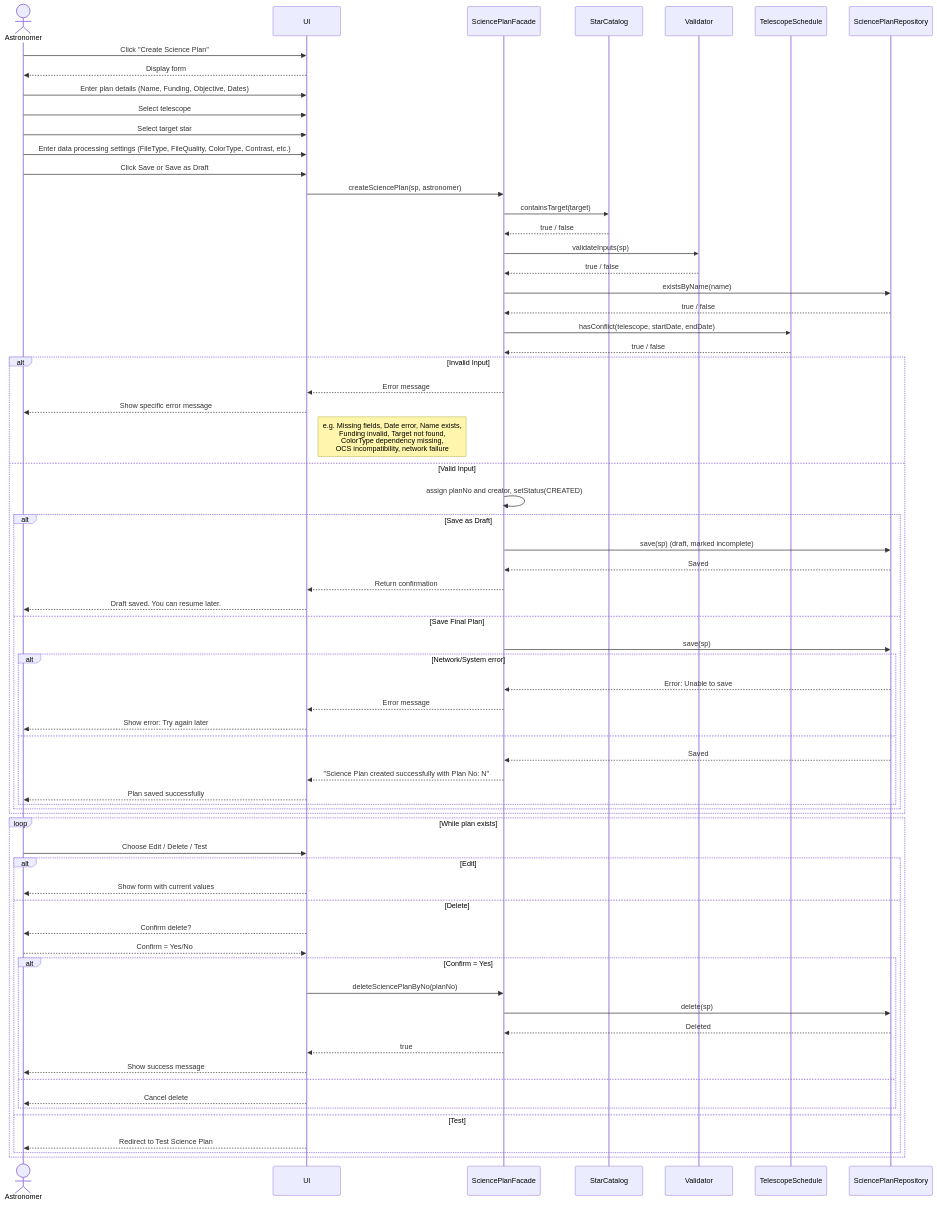
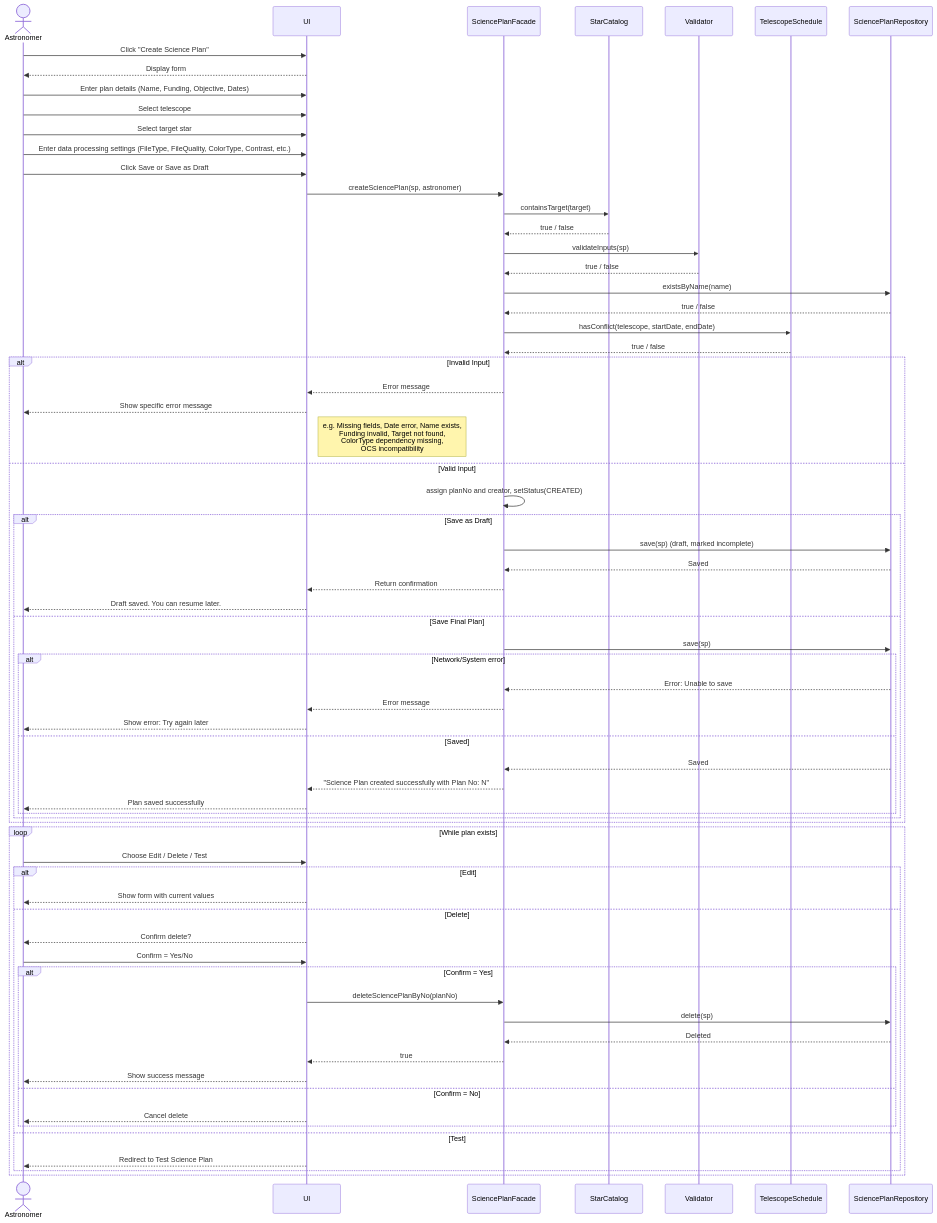
Before and after one commit to FantasticRattee/gemini-telescope-control-system: the second of 7 diagrams in docs/design.md, drawn with Mermaid. The commit also changed other lines of this file and 1 other file, not shown here.

```diff
--- a/docs/design.md
+++ b/docs/design.md
@@ -99,7 +100,7 @@
     alt Invalid Input
         SPF-->>UI: Error message
         UI-->>Astronomer: Show specific error message
-        Note right of UI: e.g. Missing fields, Date error, Name exists,<br/>Funding invalid, Target not found,<br/>ColorType dependency missing,<br/>OCS incompatibility, network failure
+        Note right of UI: e.g. Missing fields, Date error, Name exists,<br/>Funding invalid, Target not found,<br/>ColorType dependency missing,<br/>OCS incompatibility
     else Valid Input
         SPF->>SPF: assign planNo and creator, setStatus(CREATED)
 
@@ -114,7 +115,7 @@
                 SPR-->>SPF: Error: Unable to save
                 SPF-->>UI: Error message
                 UI-->>Astronomer: Show error: Try again later
-            else
+            else Saved
                 SPR-->>SPF: Saved
                 SPF-->>UI: "Science Plan created successfully with Plan No: N"
                 UI-->>Astronomer: Plan saved successfully
@@ -131,14 +132,14 @@
 
         else Delete
             UI-->>Astronomer: Confirm delete?
-            Astronomer-->>UI: Confirm = Yes/No
+            Astronomer->>UI: Confirm = Yes/No
             alt Confirm = Yes
                 UI->>SPF: deleteSciencePlanByNo(planNo)
                 SPF->>SPR: delete(sp)
                 SPR-->>SPF: Deleted
                 SPF-->>UI: true
                 UI-->>Astronomer: Show success message
-            else
+            else Confirm = No
                 UI-->>Astronomer: Cancel delete
             end
 
```
